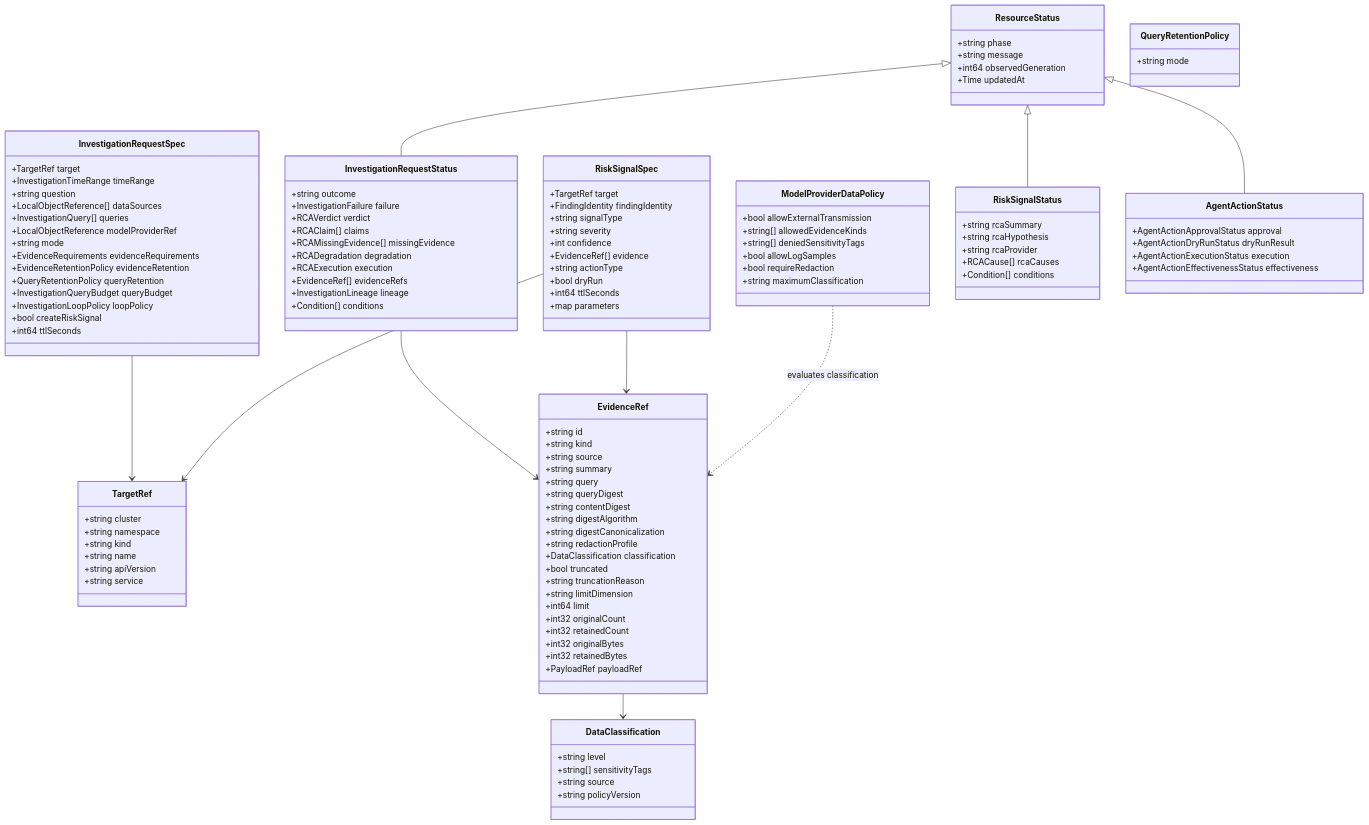
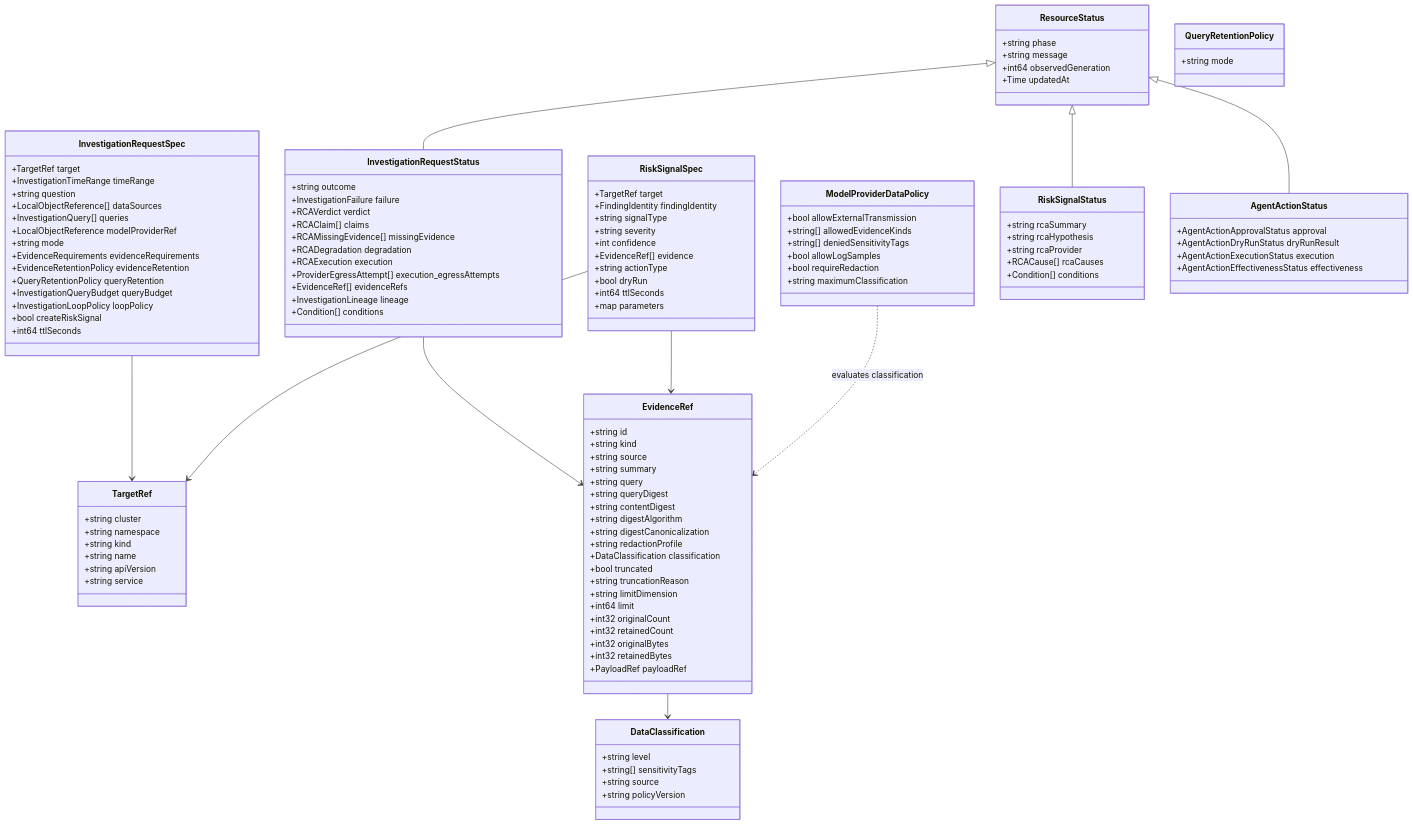
The fourth of 18 diagrams in docs/architecture/mermaid-diagrams.md (FluxSeer/fluxseer-rca), drawn with Mermaid before and after one commit. The commit also changed 7 other files, not shown here.

Commit message:
feat: add provider egress attempt history

```diff
--- a/docs/architecture/mermaid-diagrams.md
+++ b/docs/architecture/mermaid-diagrams.md
@@ -346,6 +346,7 @@
         +RCAMissingEvidence[] missingEvidence
         +RCADegradation degradation
         +RCAExecution execution
+        +ProviderEgressAttempt[] execution_egressAttempts
         +EvidenceRef[] evidenceRefs
         +InvestigationLineage lineage
         +Condition[] conditions
```
